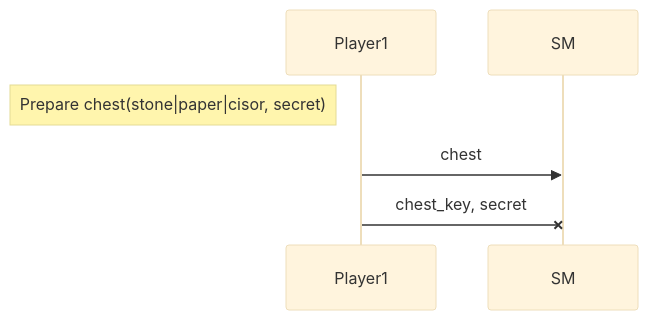
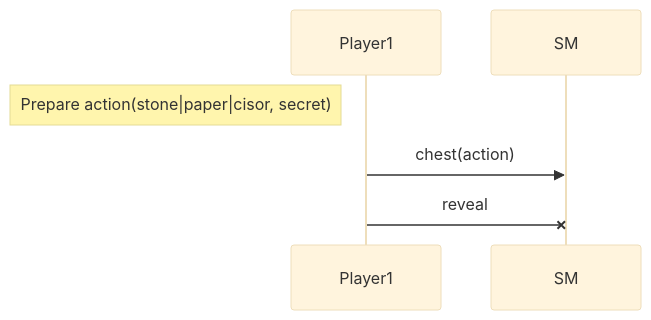
The fourth of 6 diagrams in README.md (ligolang/jsligo-training-dapp-shifumi), drawn with Mermaid (base theme) before and after one commit. The commit also changed other lines of this file, not shown here.

````diff
--- a/README.md
+++ b/README.md
@@ -168,8 +168,8 @@
 ```mermaid
 sequenceDiagram
   participant Player1
   participant SM
-  Note left of Player1: Prepare chest(stone|paper|cisor, secret)
-  Player1->>SM: chest
-  Player1-xSM: chest_key, secret
+  Note left of Player1: Prepare action(stone|paper|cisor, secret)
+  Player1->>SM: chest(action)
+  Player1-xSM: reveal
 ```
````
